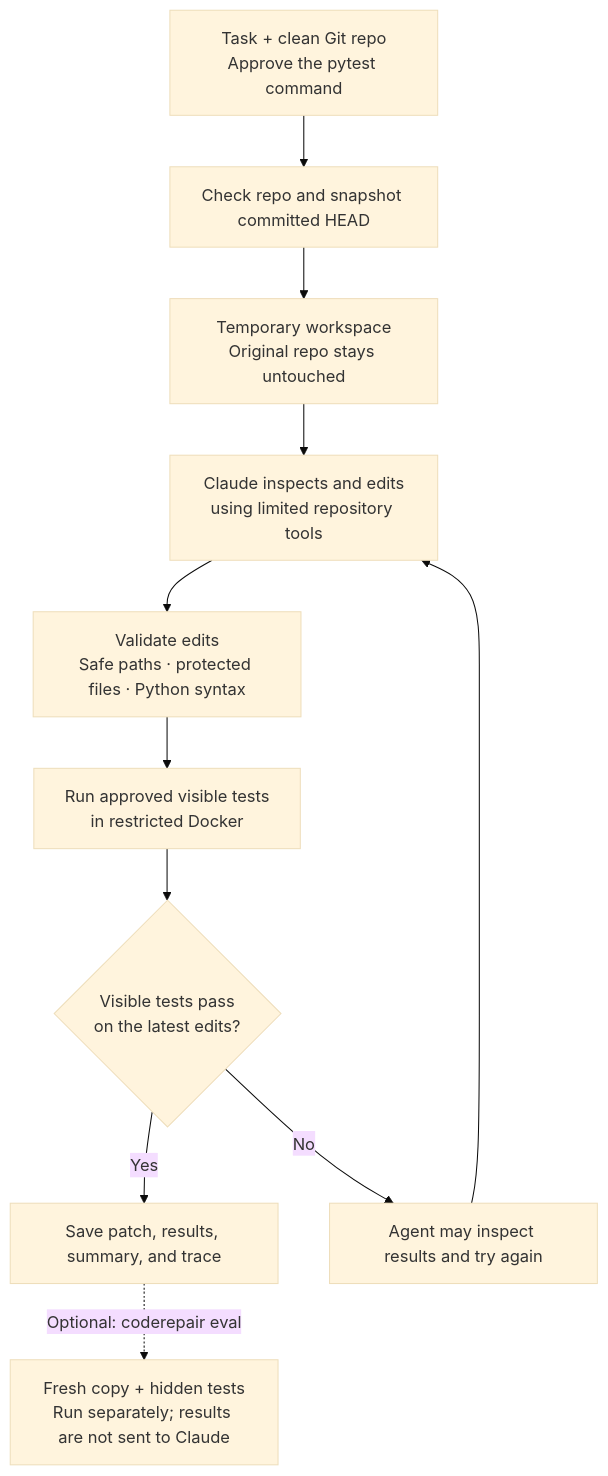
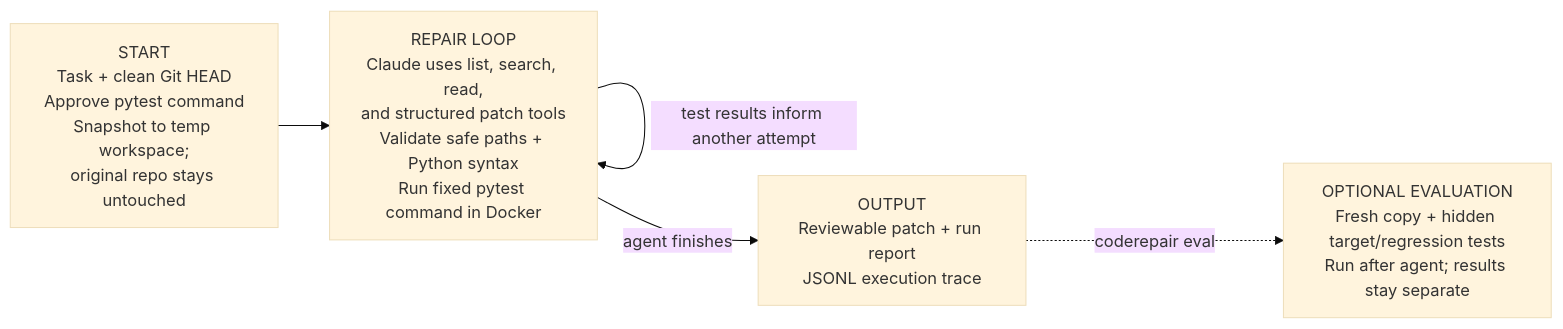
Before and after one commit to androodo/CodeRepair: the diagram in README.md, drawn with Mermaid (base theme).

Commit message:
docs: condense architecture diagram

````diff
--- a/README.md
+++ b/README.md
@@ -20,15 +20,12 @@
 ```mermaid
-flowchart TB
-    A["Task + clean Git repo<br/>Approve the pytest command"] -->
-    B["Check repo and snapshot committed HEAD"] -->
-    C["Temporary workspace<br/>Original repo stays untouched"] -->
-    D["Claude inspects and edits<br/>using limited repository tools"] -->
-    E["Validate edits<br/>Safe paths · protected files · Python syntax"] -->
-    F["Run approved visible tests<br/>in restricted Docker"] -->
-    G{"Visible tests pass<br/>on the latest edits?"}
-    G -->|"Yes"| H["Save patch, results, summary, and trace"]
-    G -->|"No"| I["Agent may inspect results and try again"]
-    I --> D
+flowchart LR
+    A["START<br/>Task + clean Git HEAD<br/>Approve pytest command<br/>Snapshot to temp workspace;<br/>original repo stays untouched"]
+    B["REPAIR LOOP<br/>Claude uses list, search, read,<br/>and structured patch tools<br/>Validate safe paths + Python syntax<br/>Run fixed pytest command in Docker"]
+    C["OUTPUT<br/>Reviewable patch + run report<br/>JSONL execution trace"]
+    D["OPTIONAL EVALUATION<br/>Fresh copy + hidden target/regression tests<br/>Run after agent; results stay separate"]
 
-    H -. "Optional: coderepair eval" .-> J["Fresh copy + hidden tests<br/>Run separately; results are not sent to Claude"]
+    A --> B
+    B -->|"test results inform another attempt"| B
+    B -->|"agent finishes"| C
+    C -. "coderepair eval" .-> D
 ```
````
